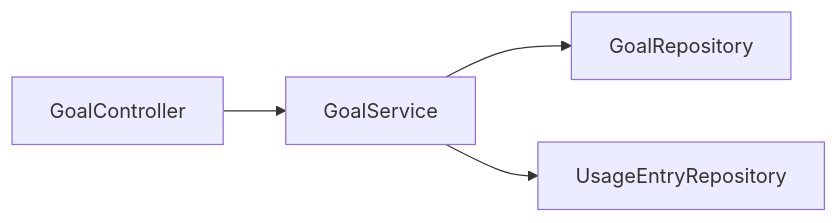
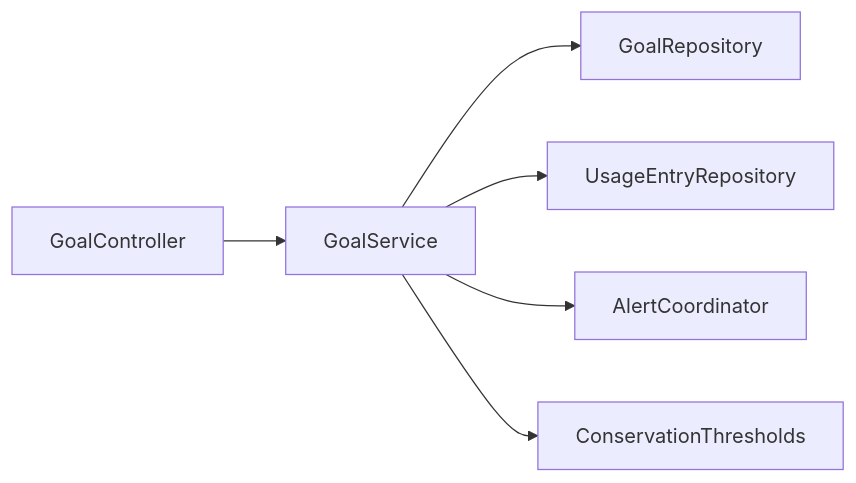
One commit to ced-kwong29/design-patterns changed the third of 33 diagrams in README.md. Above: the diagram before and after it, drawn with Mermaid. The commit also changed other lines of this file and 19 other files, not shown here.

````diff
--- a/README.md
+++ b/README.md
@@ -61,6 +67,8 @@
 ```mermaid
 graph LR
     GC[GoalController] --> GS[GoalService]
     GS --> GR[GoalRepository]
     GS --> UER[UsageEntryRepository]
+    GS --> DAC[AlertCoordinator]
+    GS --> CT[ConservationThresholds]
 ```
````
